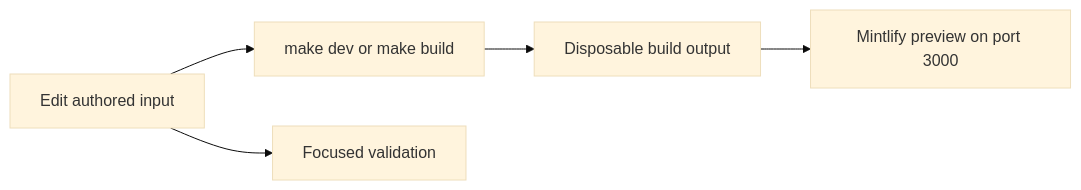
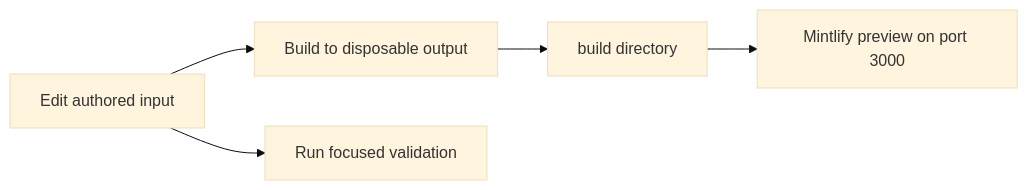
Before and after one commit to langchain-ai/docs: the diagram in openwiki/quickstart.md, drawn with Mermaid (base theme). The commit also changed other lines of this file and 20 other files, not shown here.

````diff
--- a/openwiki/quickstart.md
+++ b/openwiki/quickstart.md
@@ -52,7 +52,7 @@
 ```mermaid
 flowchart LR
-  Author["Edit authored input"] --> Build["make dev or make build"]
-  Build --> Output["Disposable build output"]
+  Author["Edit authored input"] --> Build["Build to disposable output"]
+  Build --> Output["build directory"]
   Output --> Preview["Mintlify preview on port 3000"]
-  Author --> Check["Focused validation"]
+  Author --> Check["Run focused validation"]
 ```
````
